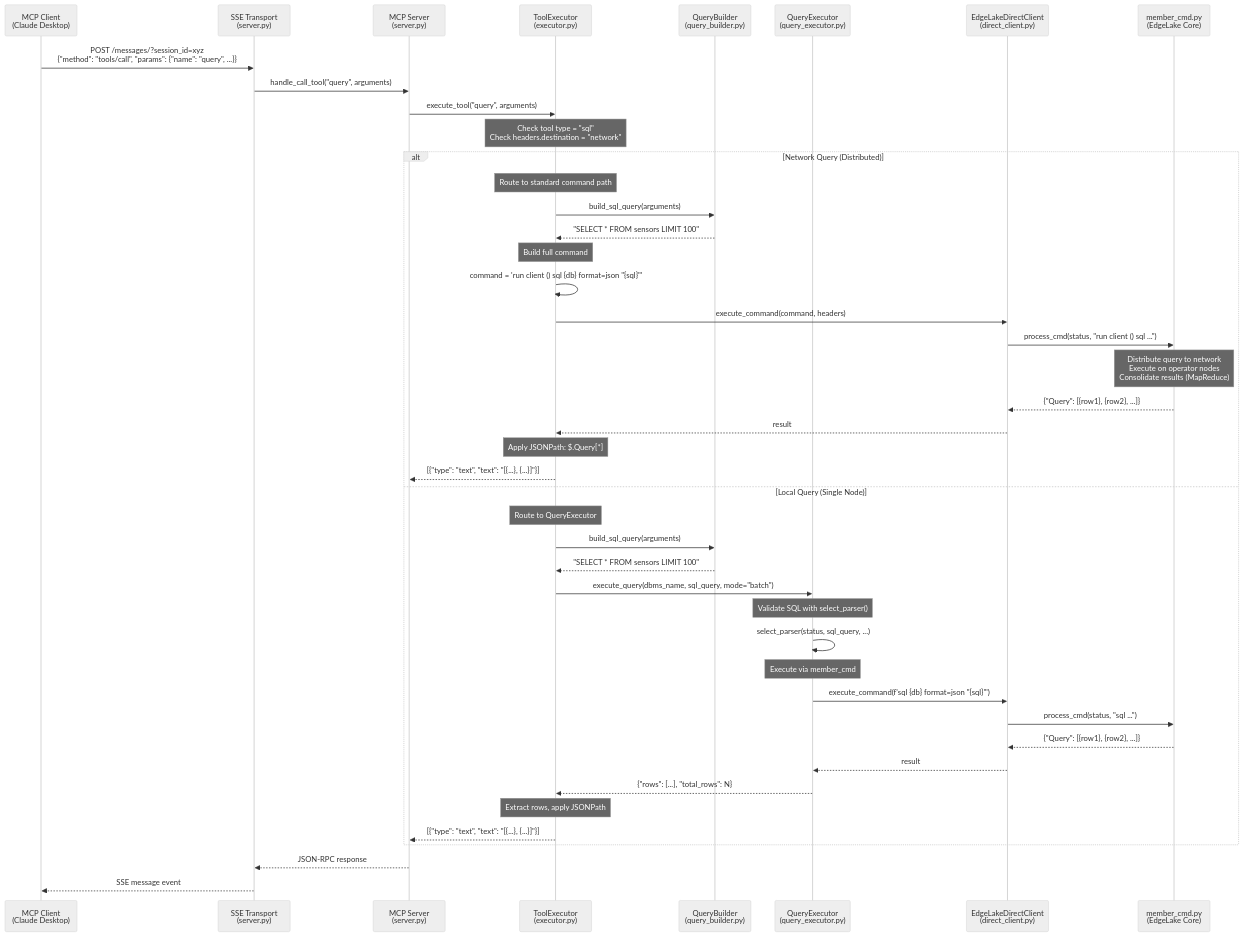
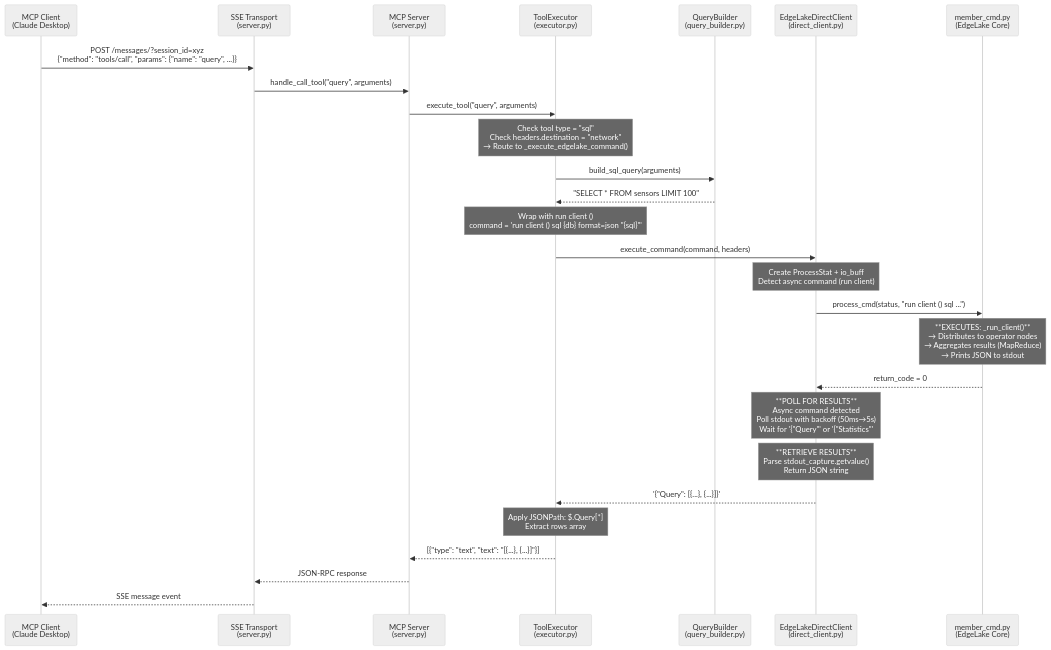
Before and after one commit to tom342178/EdgeLake: the second of 4 diagrams in edge_lake/mcp_server/TOOL_EXECUTION_FLOW.md, drawn with Mermaid (neutral theme). The commit also changed other lines of this file and 2 other files, not shown here.

First line of the commit message:
Docs: Update sequence diagrams with detailed function calls and result retrieval

````diff
--- a/edge_lake/mcp_server/TOOL_EXECUTION_FLOW.md
+++ b/edge_lake/mcp_server/TOOL_EXECUTION_FLOW.md
@@ -69,62 +76,43 @@
 ```mermaid
 sequenceDiagram
     participant Client as MCP Client<br/>(Claude Desktop)
     participant SSE as SSE Transport<br/>(server.py)
     participant Server as MCP Server<br/>(server.py)
     participant Executor as ToolExecutor<br/>(executor.py)
     participant QueryBuilder as QueryBuilder<br/>(query_builder.py)
-    participant QueryExecutor as QueryExecutor<br/>(query_executor.py)
     participant DirectClient as EdgeLakeDirectClient<br/>(direct_client.py)
     participant MemberCmd as member_cmd.py<br/>(EdgeLake Core)
 
     Client->>SSE: POST /messages/?session_id=xyz<br/>{"method": "tools/call", "params": {"name": "query", ...}}
     SSE->>Server: handle_call_tool("query", arguments)
     Server->>Executor: execute_tool("query", arguments)
 
-    Note over Executor: Check tool type = "sql"<br/>Check headers.destination = "network"
+    Note over Executor: Check tool type = "sql"<br/>Check headers.destination = "network"<br/>→ Route to _execute_edgelake_command()
 
-    alt Network Query (Distributed)
-        Note over Executor: Route to standard command path
-        Executor->>QueryBuilder: build_sql_query(arguments)
-        QueryBuilder-->>Executor: "SELECT * FROM sensors LIMIT 100"
+    Executor->>QueryBuilder: build_sql_query(arguments)
+    QueryBuilder-->>Executor: "SELECT * FROM sensors LIMIT 100"
 
-        Note over Executor: Build full command
-        Executor->>Executor: command = 'run client () sql {db} format=json "{sql}"'
+    Note over Executor: Wrap with run client ()<br/>command = 'run client () sql {db} format=json "{sql}"'
 
-        Executor->>DirectClient: execute_command(command, headers)
-        DirectClient->>MemberCmd: process_cmd(status, "run client () sql ...")
+    Executor->>DirectClient: execute_command(command, headers)
 
-        Note over MemberCmd: Distribute query to network<br/>Execute on operator nodes<br/>Consolidate results (MapReduce)
+    Note over DirectClient: Create ProcessStat + io_buff<br/>Detect async command (run client)
 
-        MemberCmd-->>DirectClient: {"Query": [{row1}, {row2}, ...]}
-        DirectClient-->>Executor: result
+    DirectClient->>MemberCmd: process_cmd(status, "run client () sql ...")
 
-        Note over Executor: Apply JSONPath: $.Query[*]
-        Executor-->>Server: [{"type": "text", "text": "[{...}, {...}]"}]
+    Note over MemberCmd: **EXECUTES: _run_client()**<br/>→ Distributes to operator nodes<br/>→ Aggregates results (MapReduce)<br/>→ Prints JSON to stdout
 
-    else Local Query (Single Node)
-        Note over Executor: Route to QueryExecutor
-        Executor->>QueryBuilder: build_sql_query(arguments)
-        QueryBuilder-->>Executor: "SELECT * FROM sensors LIMIT 100"
+    MemberCmd-->>DirectClient: return_code = 0
 
-        Executor->>QueryExecutor: execute_query(dbms_name, sql_query, mode="batch")
+    Note over DirectClient: **POLL FOR RESULTS**<br/>Async command detected<br/>Poll stdout with backoff (50ms→5s)<br/>Wait for '{"Query"' or '{"Statistics"'
 
-        Note over QueryExecutor: Validate SQL with select_parser()
-        QueryExecutor->>QueryExecutor: select_parser(status, sql_query, ...)
+    Note over DirectClient: **RETRIEVE RESULTS**<br/>Parse stdout_capture.getvalue()<br/>Return JSON string
 
-        Note over QueryExecutor: Execute via member_cmd
-        QueryExecutor->>DirectClient: execute_command(f'sql {db} format=json "{sql}"')
-        DirectClient->>MemberCmd: process_cmd(status, "sql ...")
+    DirectClient-->>Executor: '{"Query": [{...}, {...}]}'
 
-        MemberCmd-->>DirectClient: {"Query": [{row1}, {row2}, ...]}
-        DirectClient-->>QueryExecutor: result
+    Note over Executor: Apply JSONPath: $.Query[*]<br/>Extract rows array
 
-        QueryExecutor-->>Executor: {"rows": [...], "total_rows": N}
-
-        Note over Executor: Extract rows, apply JSONPath
-        Executor-->>Server: [{"type": "text", "text": "[{...}, {...}]"}]
-    end
-
+    Executor-->>Server: [{"type": "text", "text": "[{...}, {...}]"}]
     Server-->>SSE: JSON-RPC response
     SSE-->>Client: SSE message event
 ```
````
